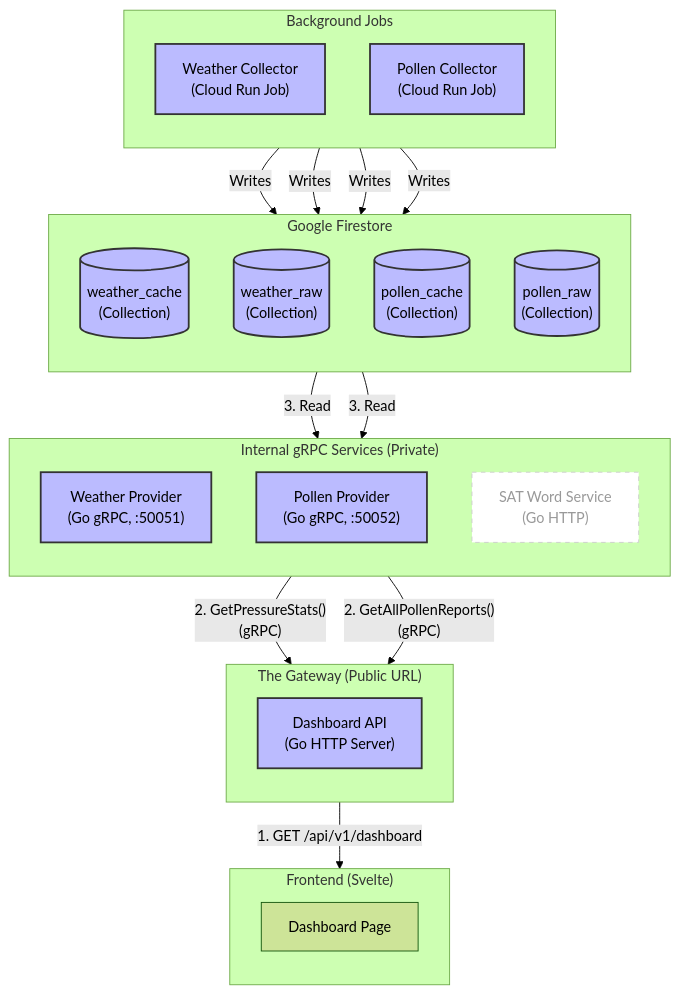
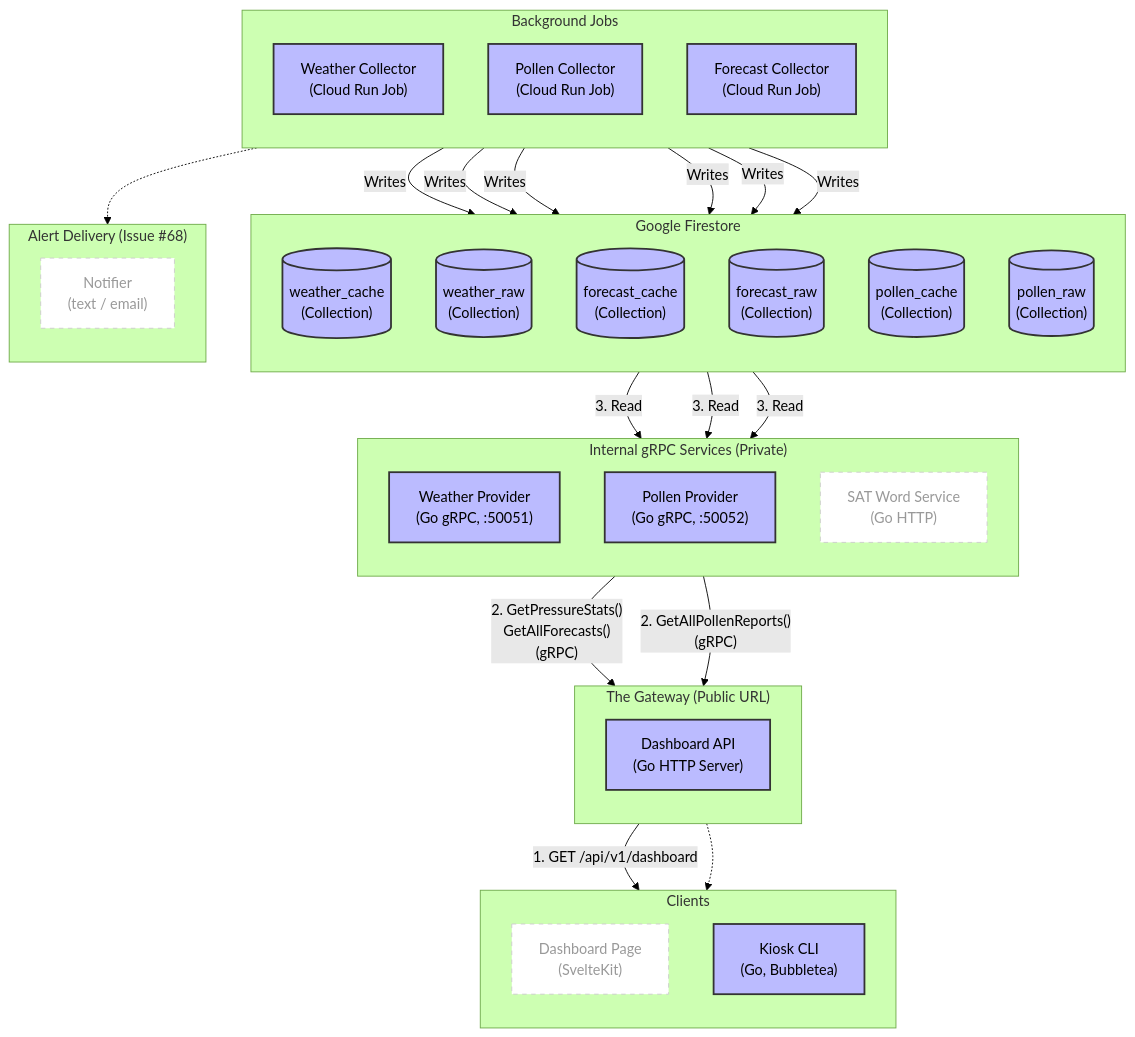
The diagram in docs/ARCHITECTURE_INFRASTRUCTURE.md (nickfang/personal-dashboard), drawn with Mermaid (forest theme) before and after one commit. The commit also changed other lines of this file and 3 other files, not shown here.

First line of the commit message:
Document forecast-collector and fix architecture doc drift.

````diff
--- a/docs/ARCHITECTURE_INFRASTRUCTURE.md
+++ b/docs/ARCHITECTURE_INFRASTRUCTURE.md
@@ -5,51 +5,66 @@
 ```mermaid
 flowchart TD
-    subgraph Frontend ["Frontend (Svelte)"]
+    subgraph Clients ["Clients"]
         direction TB
-        UI_Dash[Dashboard Page]
+        UI_Dash["Dashboard Page<br/>(SvelteKit)"]:::future
+        UI_CLI["Kiosk CLI<br/>(Go, Bubbletea)"]:::done
     end
 
     subgraph Aggregator ["The Gateway (Public URL)"]
         direction TB
         S_Dash["Dashboard API<br/>(Go HTTP Server)"]:::done
     end
 
     subgraph Microservices ["Internal gRPC Services (Private)"]
         direction TB
         S_Weath["Weather Provider<br/>(Go gRPC, :50051)"]:::done
         S_Poll["Pollen Provider<br/>(Go gRPC, :50052)"]:::done
         S_Sat["SAT Word Service<br/>(Go HTTP)"]:::future
     end
 
     subgraph Background ["Background Jobs"]
         direction TB
         J_Weath["Weather Collector<br/>(Cloud Run Job)"]:::done
         J_Poll["Pollen Collector<br/>(Cloud Run Job)"]:::done
+        J_Fore["Forecast Collector<br/>(Cloud Run Job)"]:::done
     end
 
     subgraph Data ["Google Firestore"]
         direction TB
         DB_Weath[("weather_cache<br/>(Collection)")]:::done
         DB_Raw[("weather_raw<br/>(Collection)")]:::done
+        DB_ForCache[("forecast_cache<br/>(Collection)")]:::done
+        DB_ForRaw[("forecast_raw<br/>(Collection)")]:::done
         DB_PolCache[("pollen_cache<br/>(Collection)")]:::done
         DB_PolRaw[("pollen_raw<br/>(Collection)")]:::done
     end
 
+    subgraph Notify ["Alert Delivery (Issue #68)"]
+        direction TB
+        N_Notif["Notifier<br/>(text / email)"]:::future
+    end
+
     %% Data Flow (arrows follow data direction)
     DB_Weath -- "3. Read" --> S_Weath
+    DB_ForCache -- "3. Read" --> S_Weath
     DB_PolCache -- "3. Read" --> S_Poll
 
-    S_Weath -- "2. GetPressureStats()<br/>(gRPC)" --> S_Dash
+    S_Weath -- "2. GetPressureStats()<br/>GetAllForecasts()<br/>(gRPC)" --> S_Dash
     S_Poll -- "2. GetAllPollenReports()<br/>(gRPC)" --> S_Dash
 
-    S_Dash -- "1. GET /api/v1/dashboard" --> UI_Dash
+    S_Dash -- "1. GET /api/v1/dashboard" --> UI_CLI
+    S_Dash -.-> UI_Dash
 
     J_Weath -- "Writes" --> DB_Weath
     J_Weath -- "Writes" --> DB_Raw
+    J_Fore -- "Writes" --> DB_ForCache
+    J_Fore -- "Writes" --> DB_ForRaw
     J_Poll -- "Writes" --> DB_PolCache
     J_Poll -- "Writes" --> DB_PolRaw
+
+    J_Fore -.-> N_Notif
 
     %% Styling
     classDef done fill:#bbf,stroke:#333,stroke-width:2px,color:black;
     classDef future fill:#fff,stroke:#ccc,stroke-width:1px,color:#999,stroke-dasharray: 5 5;
 ```
````
